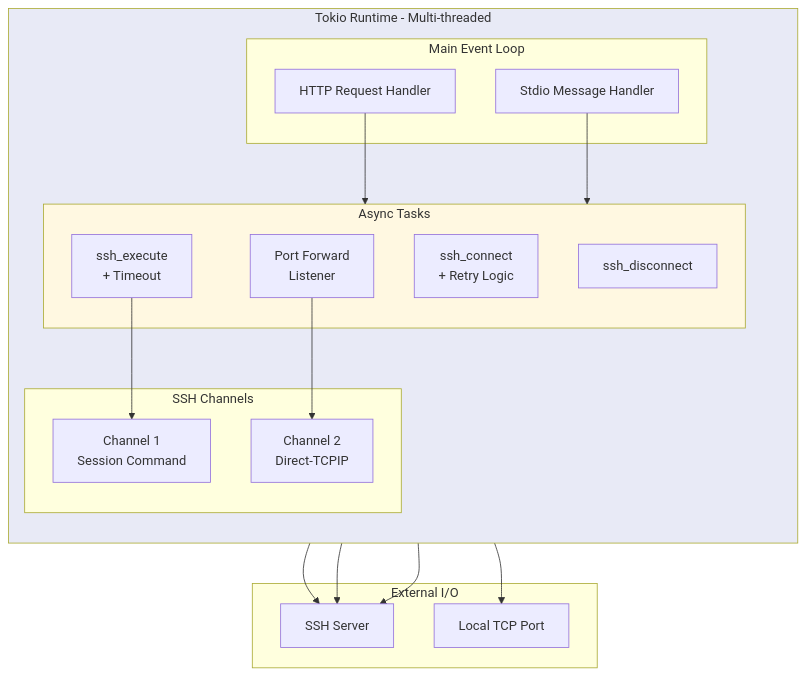
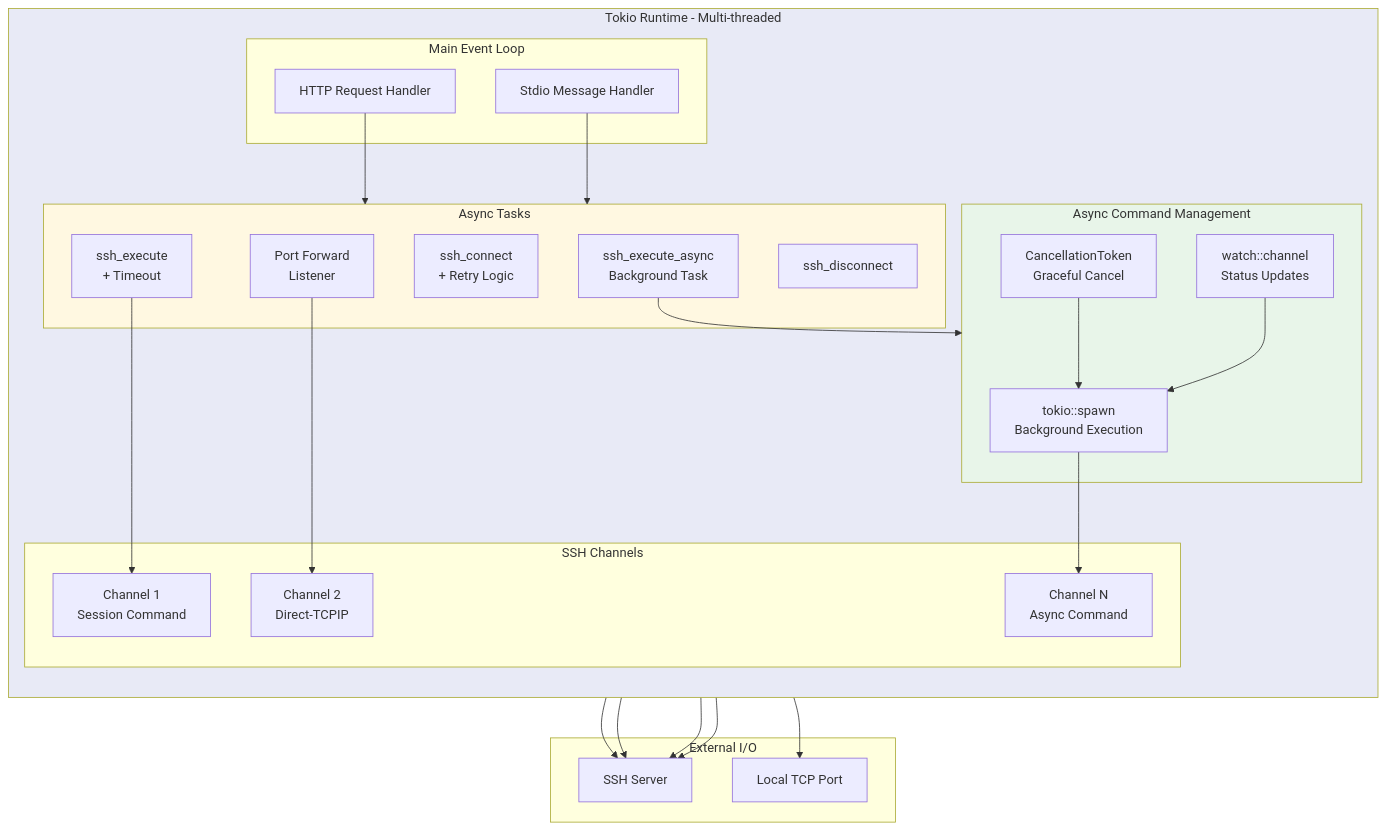
The seventh of 11 diagrams in docs/ARCHITECTURE.md (farchanjo/ssh-mcp), drawn with Mermaid before and after one commit. The commit also changed other lines of this file, not shown here.

First line of the commit message:
docs(architecture): add async_command.rs module documentation

````diff
--- a/docs/ARCHITECTURE.md
+++ b/docs/ARCHITECTURE.md
@@ -485,40 +651,54 @@
 ```mermaid
 flowchart TB
     subgraph Runtime["Tokio Runtime - Multi-threaded"]
         direction TB
 
         subgraph MainLoop["Main Event Loop"]
             HTTP["HTTP Request Handler"]
             STDIO["Stdio Message Handler"]
         end
 
         subgraph Tasks["Async Tasks"]
             Connect["ssh_connect<br/>+ Retry Logic"]
             Execute["ssh_execute<br/>+ Timeout"]
+            AsyncExec["ssh_execute_async<br/>Background Task"]
             Forward["Port Forward<br/>Listener"]
             Disconnect["ssh_disconnect"]
+        end
+
+        subgraph AsyncCommands["Async Command Management"]
+            Spawn["tokio::spawn<br/>Background Execution"]
+            Cancel["CancellationToken<br/>Graceful Cancel"]
+            Status["watch::channel<br/>Status Updates"]
         end
 
         subgraph Channels["SSH Channels"]
             Chan1["Channel 1<br/>Session Command"]
             Chan2["Channel 2<br/>Direct-TCPIP"]
+            ChanAsync["Channel N<br/>Async Command"]
         end
     end
 
     subgraph External["External I/O"]
         SSHServer["SSH Server"]
         LocalPort["Local TCP Port"]
     end
 
     HTTP --> Tasks
     STDIO --> Tasks
     Connect --> SSHServer
     Execute --> Chan1
+    AsyncExec --> AsyncCommands
+    Spawn --> ChanAsync
+    Cancel --> Spawn
+    Status --> Spawn
     Forward --> Chan2
     Forward --> LocalPort
     Chan1 --> SSHServer
     Chan2 --> SSHServer
+    ChanAsync --> SSHServer
 
     style Runtime fill:#e8eaf6
     style Tasks fill:#fff8e1
+    style AsyncCommands fill:#e8f5e9
 ```
````
